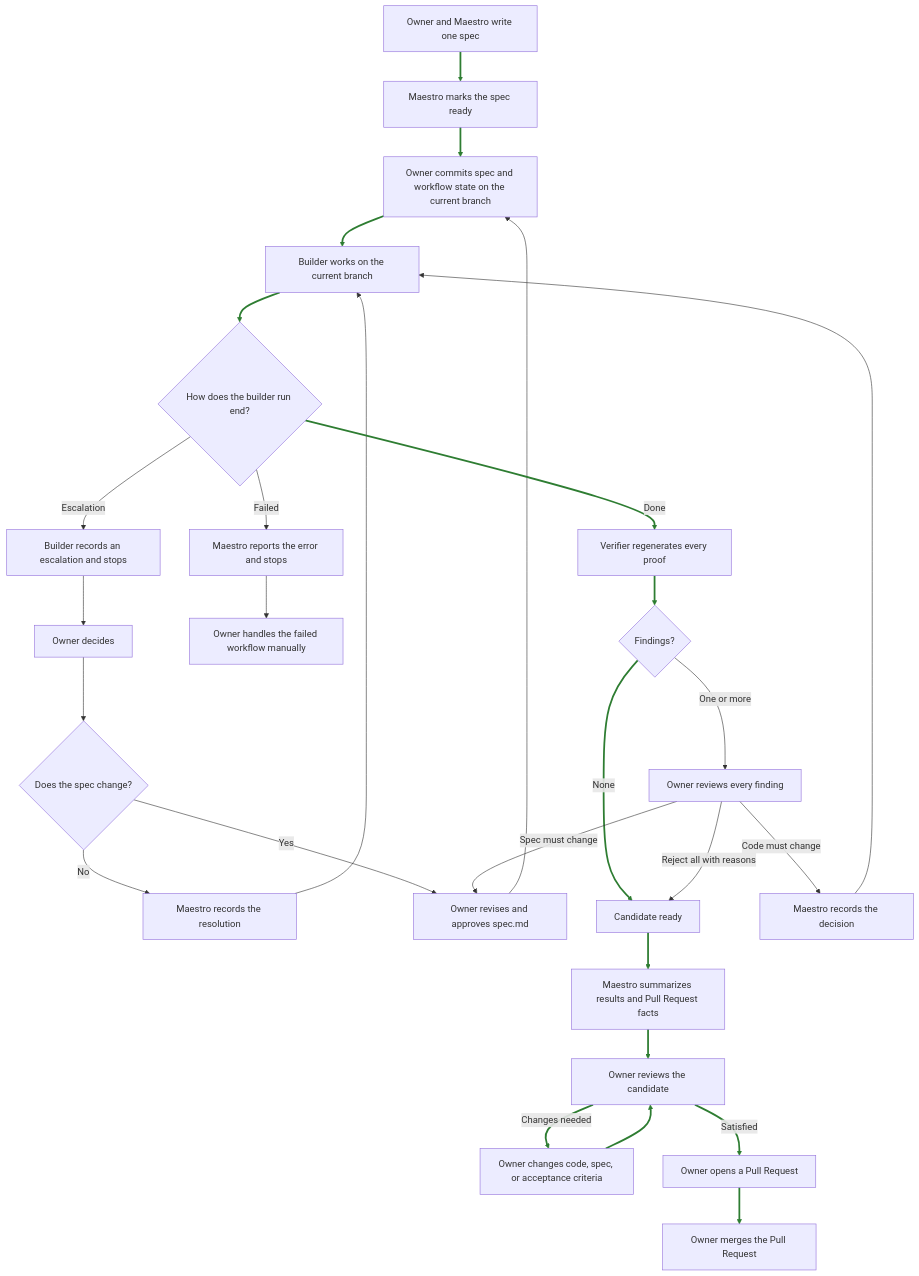
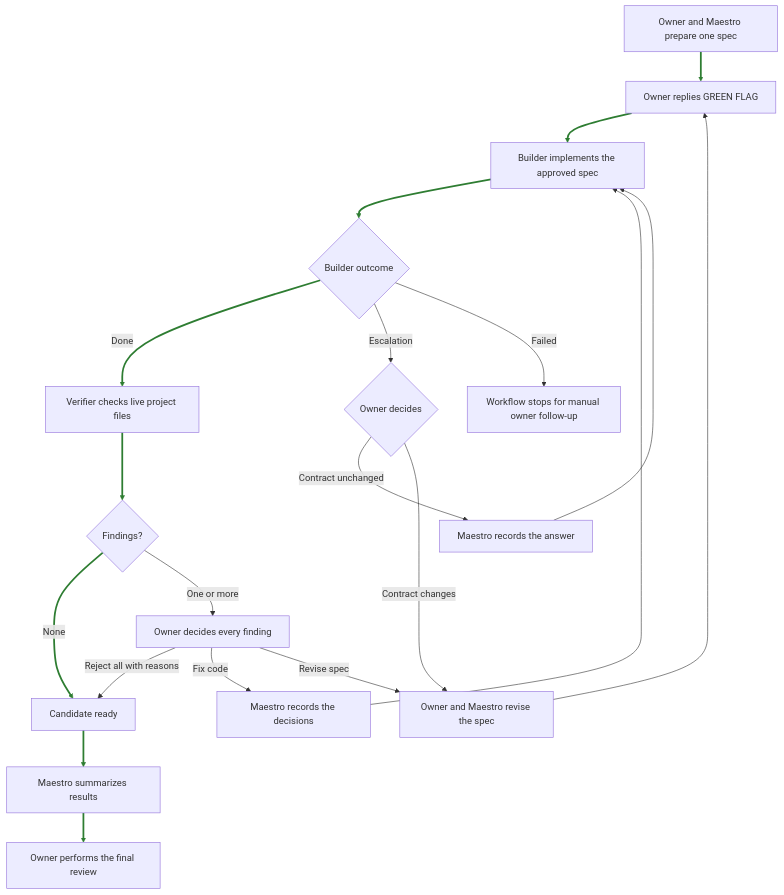
Before and after one commit to emilioSp/pi-maestro: the diagram in docs/workflow.md, drawn with Mermaid. The commit also changed other lines of this file and 120 other files, not shown here.

````diff
--- a/docs/workflow.md
+++ b/docs/workflow.md
@@ -71,44 +34,38 @@
 ```mermaid
 flowchart TD
-    spec[Owner and Maestro write one spec]
-    ready[Maestro marks the spec ready]
-    approval[Owner commits spec and workflow state on the current branch]
-    build[Builder works on the current branch]
-    buildOutcome{How does the builder run end?}
+    spec[Owner and Maestro prepare one spec]
+    approval[Owner replies GREEN FLAG]
+    build[Builder implements the approved spec]
+    buildOutcome{Builder outcome}
+    verify[Verifier checks live project files]
+    findings{Findings?}
+    candidate[Candidate ready]
+    summary[Maestro summarizes results]
+    review[Owner performs the final review]
 
-    spec --> ready
-    ready --> approval
+    spec --> approval
     approval --> build
     build --> buildOutcome
+    buildOutcome -->|Done| verify
+    verify --> findings
+    findings -->|None| candidate
 
-    buildOutcome -->|Escalation| escalation[Builder records an escalation and stops]
-    escalation --> ownerAnswer[Owner decides]
-    ownerAnswer --> escalationOutcome{Does the spec change?}
-    escalationOutcome -->|No| recordContinue[Maestro records the resolution]
-    recordContinue --> build
-    escalationOutcome -->|Yes| reviseSpec[Owner revises and approves spec.md]
+    buildOutcome -->|Escalation| ownerEscalation{Owner decides}
+    ownerEscalation -->|Contract unchanged| recordEscalation[Maestro records the answer]
+    recordEscalation --> build
+    ownerEscalation -->|Contract changes| reviseSpec[Owner and Maestro revise the spec]
     reviseSpec --> approval
 
-    buildOutcome -->|Failed| builderFailed[Maestro reports the error and stops]
-    builderFailed --> abandoned[Owner handles the failed workflow manually]
+    buildOutcome -->|Failed| stopped[Workflow stops for manual owner follow-up]
 
-    buildOutcome -->|Done| verify[Verifier regenerates every proof]
-    verify --> findings{Findings?}
+    findings -->|One or more| ownerFindings[Owner decides every finding]
+    ownerFindings -->|Reject all with reasons| candidate
+    ownerFindings -->|Fix code| recordFixes[Maestro records the decisions]
+    recordFixes --> build
+    ownerFindings -->|Revise spec| reviseSpec
 
-    findings -->|None| candidate[Candidate ready]
-    findings -->|One or more| ownerFindings[Owner reviews every finding]
+    candidate --> summary
+    summary --> review
 
-    ownerFindings -->|Reject all with reasons| candidate
-    ownerFindings -->|Code must change| returnBuilder[Maestro records the decision]
-    returnBuilder --> build
-    ownerFindings -->|Spec must change| reviseSpec
-
-    candidate --> summary[Maestro summarizes results and Pull Request facts]
-    summary --> ownerReview[Owner reviews the candidate]
-    ownerReview -->|Changes needed| adjust[Owner changes code, spec, or acceptance criteria]
-    adjust --> ownerReview
-    ownerReview -->|Satisfied| pullRequest[Owner opens a Pull Request]
-    pullRequest --> merge[Owner merges the Pull Request]
-
-    linkStyle 0,1,2,3,13,14,15,21,22,23,24,25,26 stroke:#2e7d32,stroke-width:3px
+    linkStyle 0,1,2,3,4,5,17,18 stroke:#2e7d32,stroke-width:3px
 ```
````
